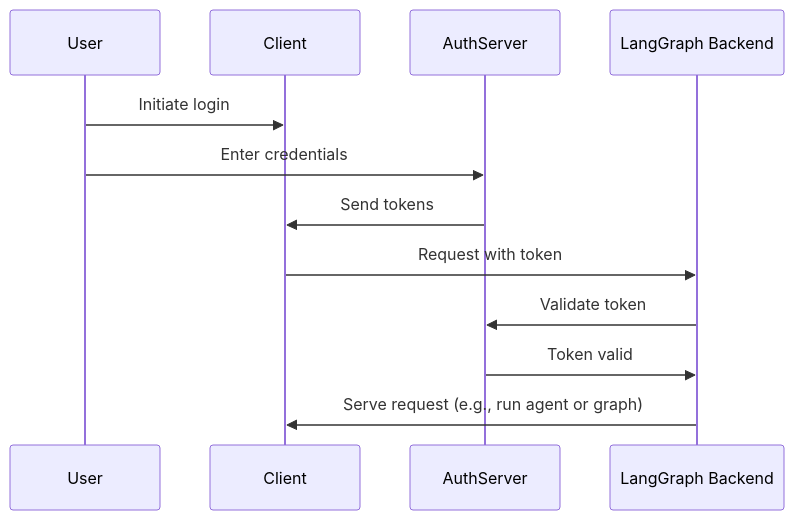
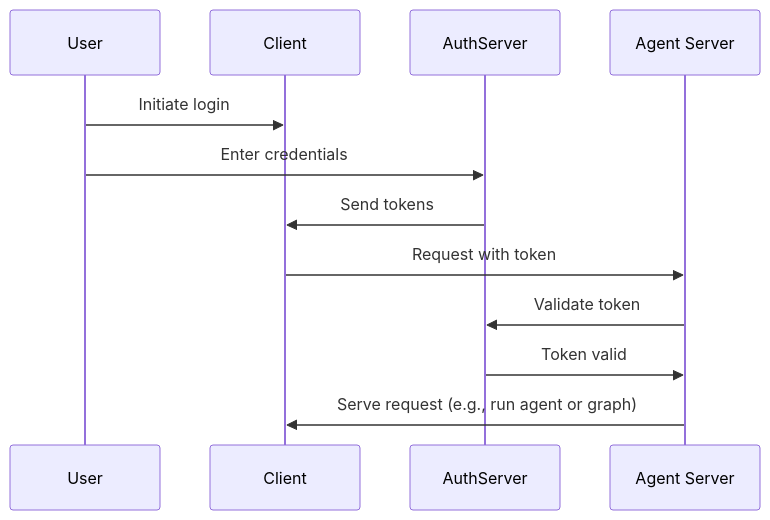
Before and after one commit to Yacklin/docs: the diagram in src/langsmith/add-auth-server.mdx, drawn with Mermaid. The commit also changed 2 other files, not shown here.

Commit message:
Update LangGraph Backend language

````diff
--- a/src/langsmith/add-auth-server.mdx
+++ b/src/langsmith/add-auth-server.mdx
@@ -23,15 +23,15 @@
 ```mermaid
 sequenceDiagram
     participant User
     participant Client
     participant AuthServer
-    participant LangGraph Backend
+    participant Agent Server
 
     User->>Client: Initiate login
     User->>AuthServer: Enter credentials
     AuthServer->>Client: Send tokens
-    Client->>LangGraph Backend: Request with token
-    LangGraph Backend->>AuthServer: Validate token
-    AuthServer->>LangGraph Backend: Token valid
-    LangGraph Backend->>Client: Serve request (e.g., run agent or graph)
+    Client->>Agent Server: Request with token
+    Agent Server->>AuthServer: Validate token
+    AuthServer->>Agent Server: Token valid
+    Agent Server->>Client: Serve request (e.g., run agent or graph)
 ```
````
